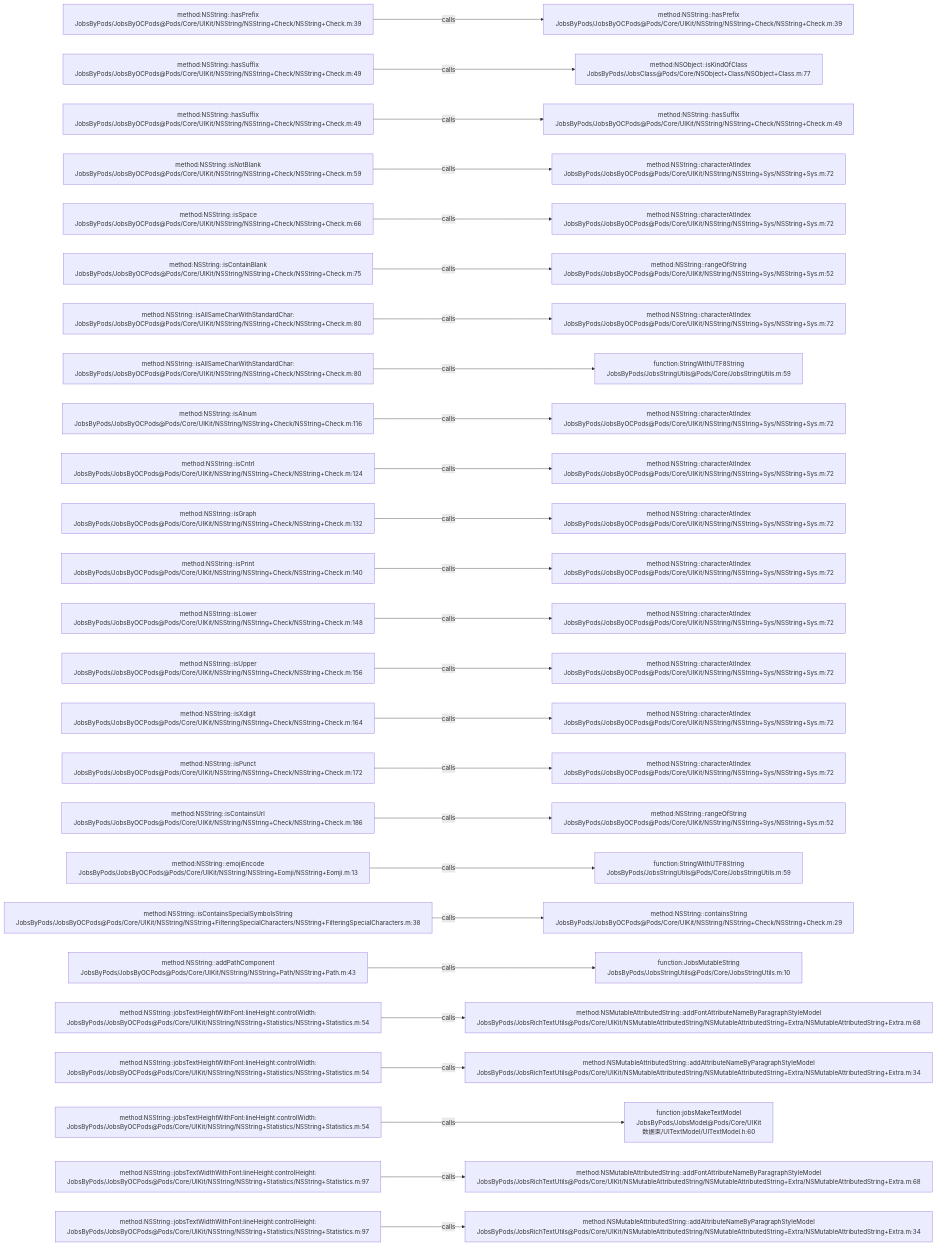
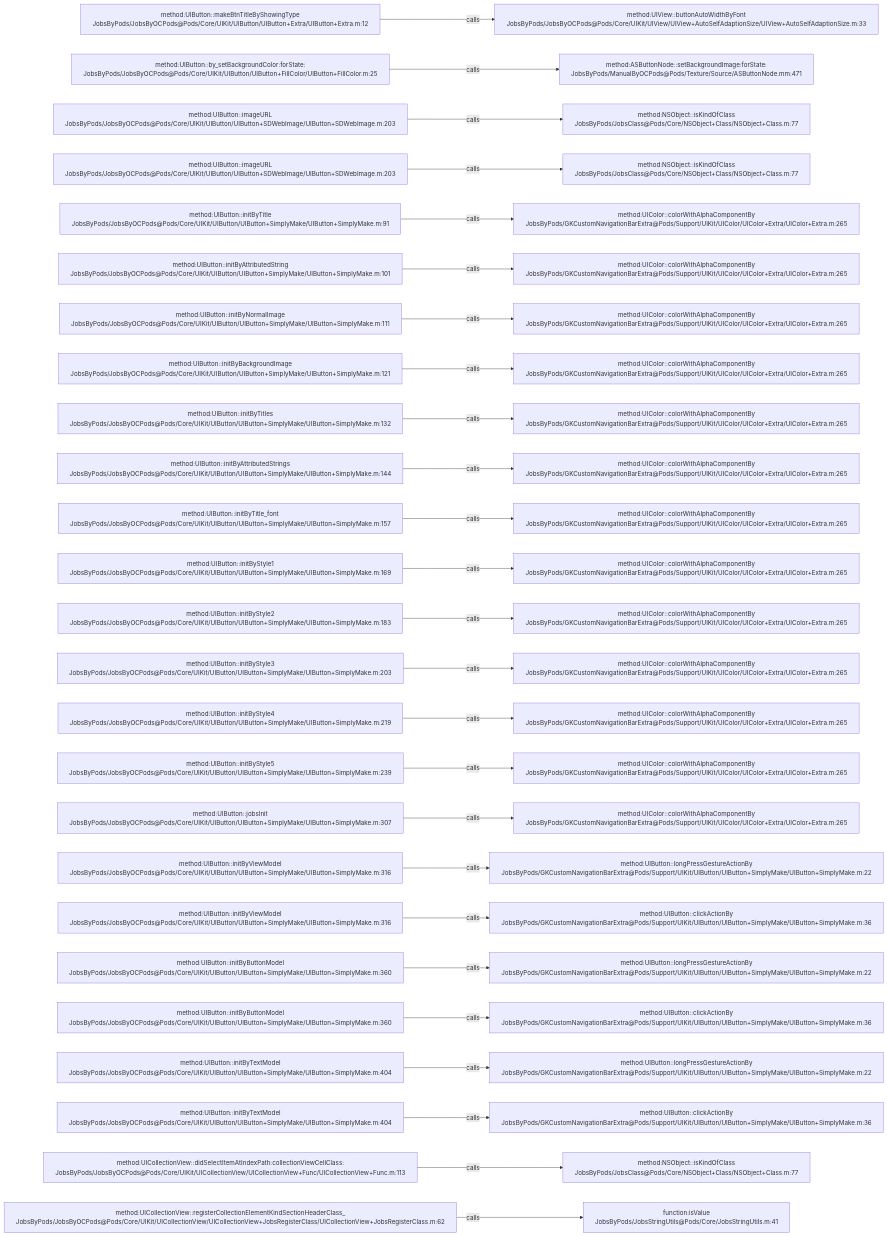
Before and after one commit to JobsKits/JobsOCBaseConfigDemo: the diagram in .codegraph/codegraph.md/graphs/calls-056.md, drawn with Mermaid. The commit also changed 639 other files, not shown here.

````diff
--- a/.codegraph/codegraph.md/graphs/calls-056.md
+++ b/.codegraph/codegraph.md/graphs/calls-056.md
@@ -13,78 +13,78 @@
 ```mermaid
 flowchart LR
-  S1["method:NSString::hasPrefix<br/>JobsByPods/JobsByOCPods@Pods/Core/UIKit/NSString/NSString+Check/NSString+Check.m:39"]
-  T1["method:NSString::hasPrefix<br/>JobsByPods/JobsByOCPods@Pods/Core/UIKit/NSString/NSString+Check/NSString+Check.m:39"]
+  S1["method:UIButton::makeBtnTitleByShowingType<br/>JobsByPods/JobsByOCPods@Pods/Core/UIKit/UIButton/UIButton+Extra/UIButton+Extra.m:12"]
+  T1["method:UIView::buttonAutoWidthByFont<br/>JobsByPods/JobsByOCPods@Pods/Core/UIKit/UIView/UIView+AutoSelfAdaptionSize/UIView+AutoSelfAdaptionSize.m:33"]
   S1 -->|calls| T1
-  S2["method:NSString::hasSuffix<br/>JobsByPods/JobsByOCPods@Pods/Core/UIKit/NSString/NSString+Check/NSString+Check.m:49"]
-  T2["method:NSObject::isKindOfClass<br/>JobsByPods/JobsClass@Pods/Core/NSObject+Class/NSObject+Class.m:77"]
+  S2["method:UIButton::by_setBackgroundColor:forState:<br/>JobsByPods/JobsByOCPods@Pods/Core/UIKit/UIButton/UIButton+FillColor/UIButton+FillColor.m:25"]
+  T2["method:ASButtonNode::setBackgroundImage:forState:<br/>JobsByPods/ManualByOCPods@Pods/Texture/Source/ASButtonNode.mm:471"]
   S2 -->|calls| T2
-  S3["method:NSString::hasSuffix<br/>JobsByPods/JobsByOCPods@Pods/Core/UIKit/NSString/NSString+Check/NSString+Check.m:49"]
-  T3["method:NSString::hasSuffix<br/>JobsByPods/JobsByOCPods@Pods/Core/UIKit/NSString/NSString+Check/NSString+Check.m:49"]
+  S3["method:UIButton::imageURL<br/>JobsByPods/JobsByOCPods@Pods/Core/UIKit/UIButton/UIButton+SDWebImage/UIButton+SDWebImage.m:203"]
+  T3["method:NSObject::isKindOfClass<br/>JobsByPods/JobsClass@Pods/Core/NSObject+Class/NSObject+Class.m:77"]
   S3 -->|calls| T3
-  S4["method:NSString::isNotBlank<br/>JobsByPods/JobsByOCPods@Pods/Core/UIKit/NSString/NSString+Check/NSString+Check.m:59"]
-  T4["method:NSString::characterAtIndex<br/>JobsByPods/JobsByOCPods@Pods/Core/UIKit/NSString/NSString+Sys/NSString+Sys.m:72"]
+  S4["method:UIButton::imageURL<br/>JobsByPods/JobsByOCPods@Pods/Core/UIKit/UIButton/UIButton+SDWebImage/UIButton+SDWebImage.m:203"]
+  T4["method:NSObject::isKindOfClass<br/>JobsByPods/JobsClass@Pods/Core/NSObject+Class/NSObject+Class.m:77"]
   S4 -->|calls| T4
-  S5["method:NSString::isSpace<br/>JobsByPods/JobsByOCPods@Pods/Core/UIKit/NSString/NSString+Check/NSString+Check.m:66"]
-  T5["method:NSString::characterAtIndex<br/>JobsByPods/JobsByOCPods@Pods/Core/UIKit/NSString/NSString+Sys/NSString+Sys.m:72"]
+  S5["method:UIButton::initByTitle<br/>JobsByPods/JobsByOCPods@Pods/Core/UIKit/UIButton/UIButton+SimplyMake/UIButton+SimplyMake.m:91"]
+  T5["method:UIColor::colorWithAlphaComponentBy<br/>JobsByPods/GKCustomNavigationBarExtra@Pods/Support/UIKit/UIColor/UIColor+Extra/UIColor+Extra.m:265"]
   S5 -->|calls| T5
-  S6["method:NSString::isContainBlank<br/>JobsByPods/JobsByOCPods@Pods/Core/UIKit/NSString/NSString+Check/NSString+Check.m:75"]
-  T6["method:NSString::rangeOfString<br/>JobsByPods/JobsByOCPods@Pods/Core/UIKit/NSString/NSString+Sys/NSString+Sys.m:52"]
+  S6["method:UIButton::initByAttributedString<br/>JobsByPods/JobsByOCPods@Pods/Core/UIKit/UIButton/UIButton+SimplyMake/UIButton+SimplyMake.m:101"]
+  T6["method:UIColor::colorWithAlphaComponentBy<br/>JobsByPods/GKCustomNavigationBarExtra@Pods/Support/UIKit/UIColor/UIColor+Extra/UIColor+Extra.m:265"]
   S6 -->|calls| T6
-  S7["method:NSString::isAllSameCharWithStandardChar:<br/>JobsByPods/JobsByOCPods@Pods/Core/UIKit/NSString/NSString+Check/NSString+Check.m:80"]
-  T7["method:NSString::characterAtIndex<br/>JobsByPods/JobsByOCPods@Pods/Core/UIKit/NSString/NSString+Sys/NSString+Sys.m:72"]
+  S7["method:UIButton::initByNormalImage<br/>JobsByPods/JobsByOCPods@Pods/Core/UIKit/UIButton/UIButton+SimplyMake/UIButton+SimplyMake.m:111"]
+  T7["method:UIColor::colorWithAlphaComponentBy<br/>JobsByPods/GKCustomNavigationBarExtra@Pods/Support/UIKit/UIColor/UIColor+Extra/UIColor+Extra.m:265"]
   S7 -->|calls| T7
-  S8["method:NSString::isAllSameCharWithStandardChar:<br/>JobsByPods/JobsByOCPods@Pods/Core/UIKit/NSString/NSString+Check/NSString+Check.m:80"]
-  T8["function:StringWithUTF8String<br/>JobsByPods/JobsStringUtils@Pods/Core/JobsStringUtils.m:59"]
+  S8["method:UIButton::initByBackgroundImage<br/>JobsByPods/JobsByOCPods@Pods/Core/UIKit/UIButton/UIButton+SimplyMake/UIButton+SimplyMake.m:121"]
+  T8["method:UIColor::colorWithAlphaComponentBy<br/>JobsByPods/GKCustomNavigationBarExtra@Pods/Support/UIKit/UIColor/UIColor+Extra/UIColor+Extra.m:265"]
   S8 -->|calls| T8
-  S9["method:NSString::isAlnum<br/>JobsByPods/JobsByOCPods@Pods/Core/UIKit/NSString/NSString+Check/NSString+Check.m:116"]
-  T9["method:NSString::characterAtIndex<br/>JobsByPods/JobsByOCPods@Pods/Core/UIKit/NSString/NSString+Sys/NSString+Sys.m:72"]
+  S9["method:UIButton::initByTitles<br/>JobsByPods/JobsByOCPods@Pods/Core/UIKit/UIButton/UIButton+SimplyMake/UIButton+SimplyMake.m:132"]
+  T9["method:UIColor::colorWithAlphaComponentBy<br/>JobsByPods/GKCustomNavigationBarExtra@Pods/Support/UIKit/UIColor/UIColor+Extra/UIColor+Extra.m:265"]
   S9 -->|calls| T9
-  S10["method:NSString::isCntrl<br/>JobsByPods/JobsByOCPods@Pods/Core/UIKit/NSString/NSString+Check/NSString+Check.m:124"]
-  T10["method:NSString::characterAtIndex<br/>JobsByPods/JobsByOCPods@Pods/Core/UIKit/NSString/NSString+Sys/NSString+Sys.m:72"]
+  S10["method:UIButton::initByAttributedStrings<br/>JobsByPods/JobsByOCPods@Pods/Core/UIKit/UIButton/UIButton+SimplyMake/UIButton+SimplyMake.m:144"]
+  T10["method:UIColor::colorWithAlphaComponentBy<br/>JobsByPods/GKCustomNavigationBarExtra@Pods/Support/UIKit/UIColor/UIColor+Extra/UIColor+Extra.m:265"]
   S10 -->|calls| T10
-  S11["method:NSString::isGraph<br/>JobsByPods/JobsByOCPods@Pods/Core/UIKit/NSString/NSString+Check/NSString+Check.m:132"]
-  T11["method:NSString::characterAtIndex<br/>JobsByPods/JobsByOCPods@Pods/Core/UIKit/NSString/NSString+Sys/NSString+Sys.m:72"]
+  S11["method:UIButton::initByTitle_font<br/>JobsByPods/JobsByOCPods@Pods/Core/UIKit/UIButton/UIButton+SimplyMake/UIButton+SimplyMake.m:157"]
+  T11["method:UIColor::colorWithAlphaComponentBy<br/>JobsByPods/GKCustomNavigationBarExtra@Pods/Support/UIKit/UIColor/UIColor+Extra/UIColor+Extra.m:265"]
   S11 -->|calls| T11
-  S12["method:NSString::isPrint<br/>JobsByPods/JobsByOCPods@Pods/Core/UIKit/NSString/NSString+Check/NSString+Check.m:140"]
-  T12["method:NSString::characterAtIndex<br/>JobsByPods/JobsByOCPods@Pods/Core/UIKit/NSString/NSString+Sys/NSString+Sys.m:72"]
+  S12["method:UIButton::initByStyle1<br/>JobsByPods/JobsByOCPods@Pods/Core/UIKit/UIButton/UIButton+SimplyMake/UIButton+SimplyMake.m:169"]
+  T12["method:UIColor::colorWithAlphaComponentBy<br/>JobsByPods/GKCustomNavigationBarExtra@Pods/Support/UIKit/UIColor/UIColor+Extra/UIColor+Extra.m:265"]
   S12 -->|calls| T12
-  S13["method:NSString::isLower<br/>JobsByPods/JobsByOCPods@Pods/Core/UIKit/NSString/NSString+Check/NSString+Check.m:148"]
-  T13["method:NSString::characterAtIndex<br/>JobsByPods/JobsByOCPods@Pods/Core/UIKit/NSString/NSString+Sys/NSString+Sys.m:72"]
+  S13["method:UIButton::initByStyle2<br/>JobsByPods/JobsByOCPods@Pods/Core/UIKit/UIButton/UIButton+SimplyMake/UIButton+SimplyMake.m:183"]
+  T13["method:UIColor::colorWithAlphaComponentBy<br/>JobsByPods/GKCustomNavigationBarExtra@Pods/Support/UIKit/UIColor/UIColor+Extra/UIColor+Extra.m:265"]
   S13 -->|calls| T13
-  S14["method:NSString::isUpper<br/>JobsByPods/JobsByOCPods@Pods/Core/UIKit/NSString/NSString+Check/NSString+Check.m:156"]
-  T14["method:NSString::characterAtIndex<br/>JobsByPods/JobsByOCPods@Pods/Core/UIKit/NSString/NSString+Sys/NSString+Sys.m:72"]
+  S14["method:UIButton::initByStyle3<br/>JobsByPods/JobsByOCPods@Pods/Core/UIKit/UIButton/UIButton+SimplyMake/UIButton+SimplyMake.m:203"]
+  T14["method:UIColor::colorWithAlphaComponentBy<br/>JobsByPods/GKCustomNavigationBarExtra@Pods/Support/UIKit/UIColor/UIColor+Extra/UIColor+Extra.m:265"]
   S14 -->|calls| T14
-  S15["method:NSString::isXdigit<br/>JobsByPods/JobsByOCPods@Pods/Core/UIKit/NSString/NSString+Check/NSString+Check.m:164"]
-  T15["method:NSString::characterAtIndex<br/>JobsByPods/JobsByOCPods@Pods/Core/UIKit/NSString/NSString+Sys/NSString+Sys.m:72"]
+  S15["method:UIButton::initByStyle4<br/>JobsByPods/JobsByOCPods@Pods/Core/UIKit/UIButton/UIButton+SimplyMake/UIButton+SimplyMake.m:219"]
+  T15["method:UIColor::colorWithAlphaComponentBy<br/>JobsByPods/GKCustomNavigationBarExtra@Pods/Support/UIKit/UIColor/UIColor+Extra/UIColor+Extra.m:265"]
   S15 -->|calls| T15
-  S16["method:NSString::isPunct<br/>JobsByPods/JobsByOCPods@Pods/Core/UIKit/NSString/NSString+Check/NSString+Check.m:172"]
-  T16["method:NSString::characterAtIndex<br/>JobsByPods/JobsByOCPods@Pods/Core/UIKit/NSString/NSString+Sys/NSString+Sys.m:72"]
+  S16["method:UIButton::initByStyle5<br/>JobsByPods/JobsByOCPods@Pods/Core/UIKit/UIButton/UIButton+SimplyMake/UIButton+SimplyMake.m:239"]
+  T16["method:UIColor::colorWithAlphaComponentBy<br/>JobsByPods/GKCustomNavigationBarExtra@Pods/Support/UIKit/UIColor/UIColor+Extra/UIColor+Extra.m:265"]
   S16 -->|calls| T16
-  S17["method:NSString::isContainsUrl<br/>JobsByPods/JobsByOCPods@Pods/Core/UIKit/NSString/NSString+Check/NSString+Check.m:186"]
-  T17["method:NSString::rangeOfString<br/>JobsByPods/JobsByOCPods@Pods/Core/UIKit/NSString/NSString+Sys/NSString+Sys.m:52"]
+  S17["method:UIButton::jobsInit<br/>JobsByPods/JobsByOCPods@Pods/Core/UIKit/UIButton/UIButton+SimplyMake/UIButton+SimplyMake.m:307"]
+  T17["method:UIColor::colorWithAlphaComponentBy<br/>JobsByPods/GKCustomNavigationBarExtra@Pods/Support/UIKit/UIColor/UIColor+Extra/UIColor+Extra.m:265"]
   S17 -->|calls| T17
-  S18["method:NSString::emojiEncode<br/>JobsByPods/JobsByOCPods@Pods/Core/UIKit/NSString/NSString+Eomji/NSString+Eomji.m:13"]
-  T18["function:StringWithUTF8String<br/>JobsByPods/JobsStringUtils@Pods/Core/JobsStringUtils.m:59"]
+  S18["method:UIButton::initByViewModel<br/>JobsByPods/JobsByOCPods@Pods/Core/UIKit/UIButton/UIButton+SimplyMake/UIButton+SimplyMake.m:316"]
+  T18["method:UIButton::longPressGestureActionBy<br/>JobsByPods/GKCustomNavigationBarExtra@Pods/Support/UIKit/UIButton/UIButton+SimplyMake/UIButton+SimplyMake.m:22"]
   S18 -->|calls| T18
-  S19["method:NSString::isContainsSpecialSymbolsString<br/>JobsByPods/JobsByOCPods@Pods/Core/UIKit/NSString/NSString+FilteringSpecialCharacters/NSString+FilteringSpecialCharacters.m:38"]
-  T19["method:NSString::containsString<br/>JobsByPods/JobsByOCPods@Pods/Core/UIKit/NSString/NSString+Check/NSString+Check.m:29"]
+  S19["method:UIButton::initByViewModel<br/>JobsByPods/JobsByOCPods@Pods/Core/UIKit/UIButton/UIButton+SimplyMake/UIButton+SimplyMake.m:316"]
+  T19["method:UIButton::clickActionBy<br/>JobsByPods/GKCustomNavigationBarExtra@Pods/Support/UIKit/UIButton/UIButton+SimplyMake/UIButton+SimplyMake.m:36"]
   S19 -->|calls| T19
-  S20["method:NSString::addPathComponent<br/>JobsByPods/JobsByOCPods@Pods/Core/UIKit/NSString/NSString+Path/NSString+Path.m:43"]
-  T20["function:JobsMutableString<br/>JobsByPods/JobsStringUtils@Pods/Core/JobsStringUtils.m:10"]
+  S20["method:UIButton::initByButtonModel<br/>JobsByPods/JobsByOCPods@Pods/Core/UIKit/UIButton/UIButton+SimplyMake/UIButton+SimplyMake.m:360"]
+  T20["method:UIButton::longPressGestureActionBy<br/>JobsByPods/GKCustomNavigationBarExtra@Pods/Support/UIKit/UIButton/UIButton+SimplyMake/UIButton+SimplyMake.m:22"]
   S20 -->|calls| T20
-  S21["method:NSString::jobsTextHeightWithFont:lineHeight:controlWidth:<br/>JobsByPods/JobsByOCPods@Pods/Core/UIKit/NSString/NSString+Statistics/NSString+Statistics.m:54"]
-  T21["method:NSMutableAttributedString::addFontAttributeNameByParagraphStyleModel<br/>JobsByPods/JobsRichTextUtils@Pods/Core/UIKit/NSMutableAttributedString/NSMutableAttributedString+Extra/NSMutableAttributedString+Extra.m:68"]
+  S21["method:UIButton::initByButtonModel<br/>JobsByPods/JobsByOCPods@Pods/Core/UIKit/UIButton/UIButton+SimplyMake/UIButton+SimplyMake.m:360"]
+  T21["method:UIButton::clickActionBy<br/>JobsByPods/GKCustomNavigationBarExtra@Pods/Support/UIKit/UIButton/UIButton+SimplyMake/UIButton+SimplyMake.m:36"]
   S21 -->|calls| T21
-  S22["method:NSString::jobsTextHeightWithFont:lineHeight:controlWidth:<br/>JobsByPods/JobsByOCPods@Pods/Core/UIKit/NSString/NSString+Statistics/NSString+Statistics.m:54"]
-  T22["method:NSMutableAttributedString::addAttributeNameByParagraphStyleModel<br/>JobsByPods/JobsRichTextUtils@Pods/Core/UIKit/NSMutableAttributedString/NSMutableAttributedString+Extra/NSMutableAttributedString+Extra.m:34"]
+  S22["method:UIButton::initByTextModel<br/>JobsByPods/JobsByOCPods@Pods/Core/UIKit/UIButton/UIButton+SimplyMake/UIButton+SimplyMake.m:404"]
+  T22["method:UIButton::longPressGestureActionBy<br/>JobsByPods/GKCustomNavigationBarExtra@Pods/Support/UIKit/UIButton/UIButton+SimplyMake/UIButton+SimplyMake.m:22"]
   S22 -->|calls| T22
-  S23["method:NSString::jobsTextHeightWithFont:lineHeight:controlWidth:<br/>JobsByPods/JobsByOCPods@Pods/Core/UIKit/NSString/NSString+Statistics/NSString+Statistics.m:54"]
-  T23["function:jobsMakeTextModel<br/>JobsByPods/JobsModel@Pods/Core/UIKit数据束/UITextModel/UITextModel.h:60"]
+  S23["method:UIButton::initByTextModel<br/>JobsByPods/JobsByOCPods@Pods/Core/UIKit/UIButton/UIButton+SimplyMake/UIButton+SimplyMake.m:404"]
+  T23["method:UIButton::clickActionBy<br/>JobsByPods/GKCustomNavigationBarExtra@Pods/Support/UIKit/UIButton/UIButton+SimplyMake/UIButton+SimplyMake.m:36"]
   S23 -->|calls| T23
-  S24["method:NSString::jobsTextWidthWithFont:lineHeight:controlHeight:<br/>JobsByPods/JobsByOCPods@Pods/Core/UIKit/NSString/NSString+Statistics/NSString+Statistics.m:97"]
-  T24["method:NSMutableAttributedString::addFontAttributeNameByParagraphStyleModel<br/>JobsByPods/JobsRichTextUtils@Pods/Core/UIKit/NSMutableAttributedString/NSMutableAttributedString+Extra/NSMutableAttributedString+Extra.m:68"]
+  S24["method:UICollectionView::didSelectItemAtIndexPath:collectionViewCellClass:<br/>JobsByPods/JobsByOCPods@Pods/Core/UIKit/UICollectionView/UICollectionView+Func/UICollectionView+Func.m:113"]
+  T24["method:NSObject::isKindOfClass<br/>JobsByPods/JobsClass@Pods/Core/NSObject+Class/NSObject+Class.m:77"]
   S24 -->|calls| T24
-  S25["method:NSString::jobsTextWidthWithFont:lineHeight:controlHeight:<br/>JobsByPods/JobsByOCPods@Pods/Core/UIKit/NSString/NSString+Statistics/NSString+Statistics.m:97"]
-  T25["method:NSMutableAttributedString::addAttributeNameByParagraphStyleModel<br/>JobsByPods/JobsRichTextUtils@Pods/Core/UIKit/NSMutableAttributedString/NSMutableAttributedString+Extra/NSMutableAttributedString+Extra.m:34"]
+  S25["method:UICollectionView::registerCollectionElementKindSectionHeaderClass_<br/>JobsByPods/JobsByOCPods@Pods/Core/UIKit/UICollectionView/UICollectionView+JobsRegisterClass/UICollectionView+JobsRegisterClass.m:62"]
+  T25["function:isValue<br/>JobsByPods/JobsStringUtils@Pods/Core/JobsStringUtils.m:41"]
   S25 -->|calls| T25
 ```
````
